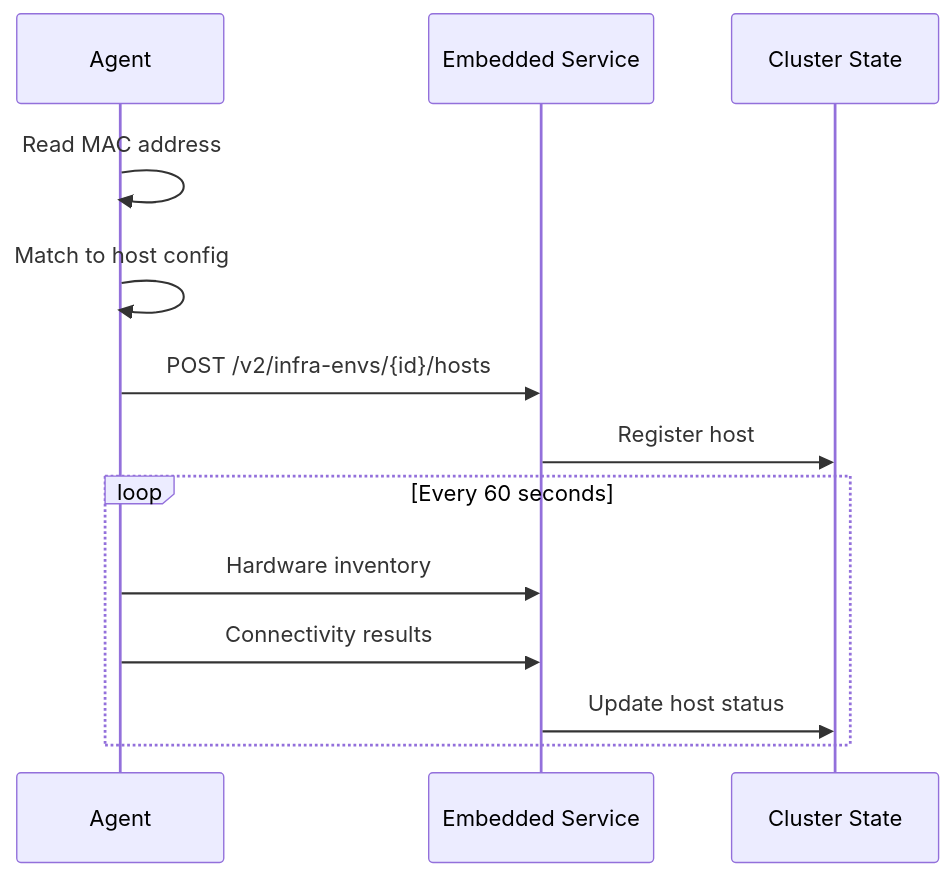
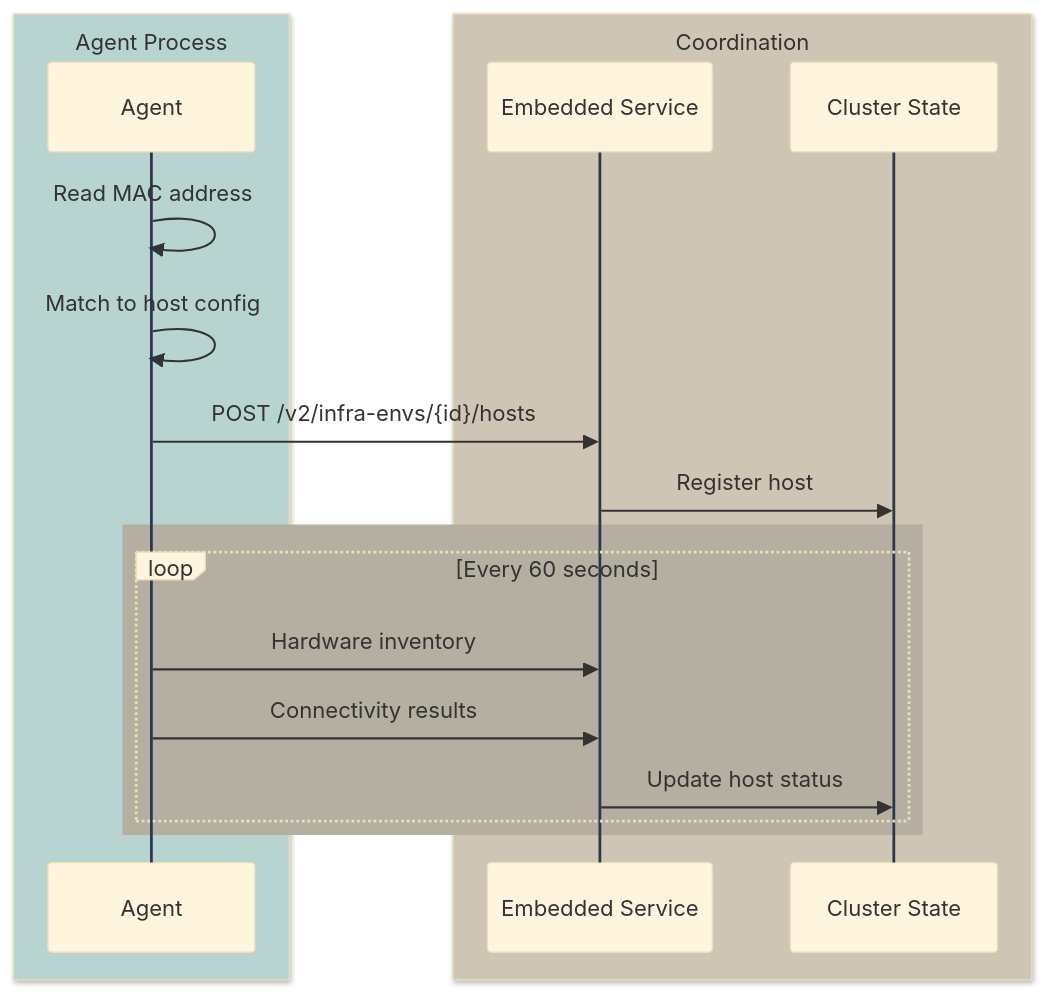
The fourth of 4 diagrams in 03-assisted-installation/abi.md (zszabo-rh/openshift-install-guide), drawn with Mermaid before and after one commit. The commit also changed other lines of this file and 16 other files, not shown here.

Commit message:
improved diagram style

````diff
--- a/03-assisted-installation/abi.md
+++ b/03-assisted-installation/abi.md
@@ -245,17 +281,25 @@
 ```mermaid
+%%{init: {'theme': 'base', 'themeVariables': { 'lineColor': '#2d3748', 'actorLineColor': '#2d3748' }}}%%
 sequenceDiagram
-    participant Agent
-    participant Service as Embedded Service
-    participant Cluster as Cluster State
+    box rgb(184,212,208) Agent Process
+        participant Agent
+    end
+    
+    box rgb(207,197,181) Coordination
+        participant Service as Embedded Service
+        participant Cluster as Cluster State
+    end
     
     Agent->>Agent: Read MAC address
     Agent->>Agent: Match to host config
     Agent->>Service: POST /v2/infra-envs/{id}/hosts
     Service->>Cluster: Register host
     
-    loop Every 60 seconds
-        Agent->>Service: Hardware inventory
-        Agent->>Service: Connectivity results
-        Service->>Cluster: Update host status
+    rect rgb(180,175,160)
+        loop Every 60 seconds
+            Agent->>Service: Hardware inventory
+            Agent->>Service: Connectivity results
+            Service->>Cluster: Update host status
+        end
     end
 ```
````
